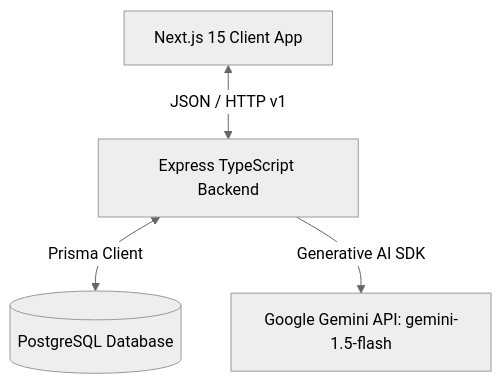
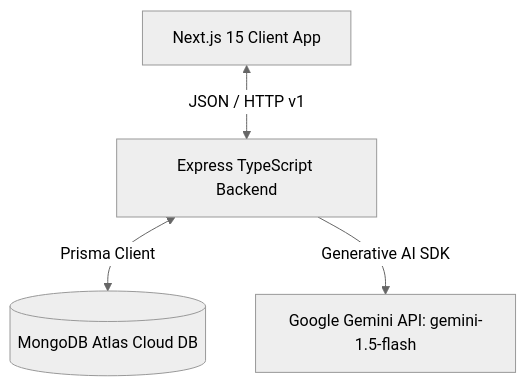
Before and after one commit to varshiniv197-beep/StadiumIQ-AI: the first of 6 diagrams in README.md, drawn with Mermaid (neutral theme). The commit also changed other lines of this file and 1 other file, not shown here.

Commit message:
db: configure Prisma schema and README for MongoDB database provider

````diff
--- a/README.md
+++ b/README.md
@@ -69,6 +69,6 @@
 ```mermaid
 graph TD
     Client[Next.js 15 Client App] <-->|JSON / HTTP v1| Express[Express TypeScript Backend]
-    Express <-->|Prisma Client| DB[(PostgreSQL Database)]
+    Express <-->|Prisma Client| DB[(MongoDB Atlas Cloud DB)]
     Express -->|Generative AI SDK| Gemini[Google Gemini API: gemini-1.5-flash]
 ```
````
